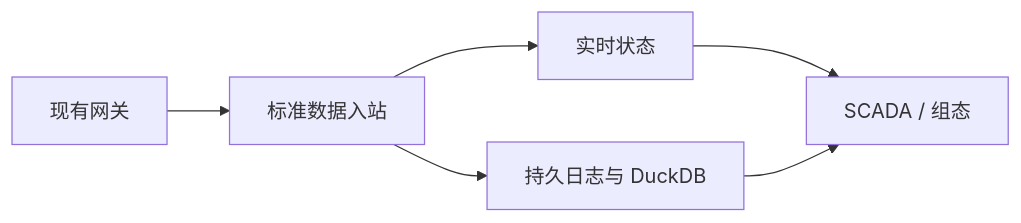
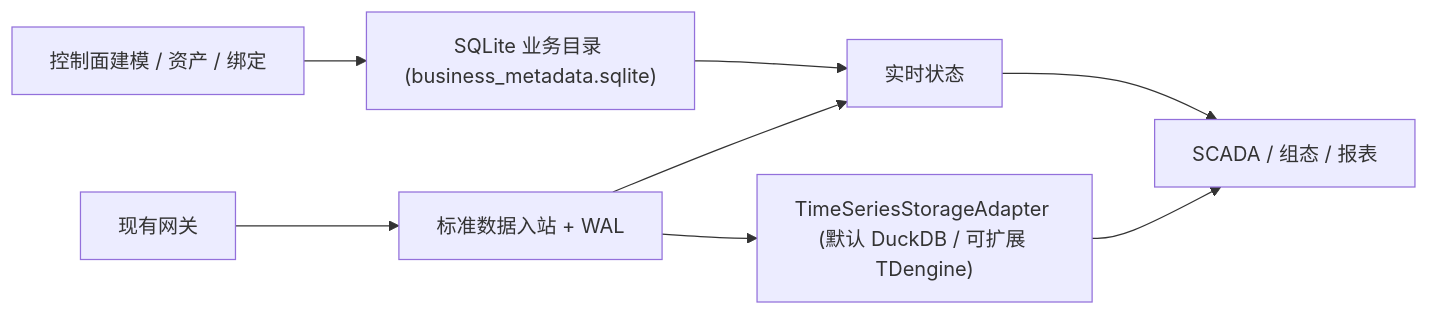
One commit to fslit/iotfast-thing-engine changed the diagram in README.md. Above: the diagram before and after it, drawn with Mermaid. The commit also changed other lines of this file and 109 other files, not shown here.

````diff
--- a/README.md
+++ b/README.md
@@ -57,8 +88,10 @@
 ```mermaid
 flowchart LR
-    G["现有网关"] --> I["标准数据入站"]
+    C["控制面建模 / 资产 / 绑定"] --> M["SQLite 业务目录 (business_metadata.sqlite)"]
+    G["现有网关"] --> I["标准数据入站 + WAL"]
     I --> S["实时状态"]
-    I --> H["持久日志与 DuckDB"]
-    S --> A["SCADA / 组态"]
+    I --> H["TimeSeriesStorageAdapter (默认 DuckDB / 可扩展 TDengine)"]
+    M --> S
+    S --> A["SCADA / 组态 / 报表"]
     H --> A
 ```
````
